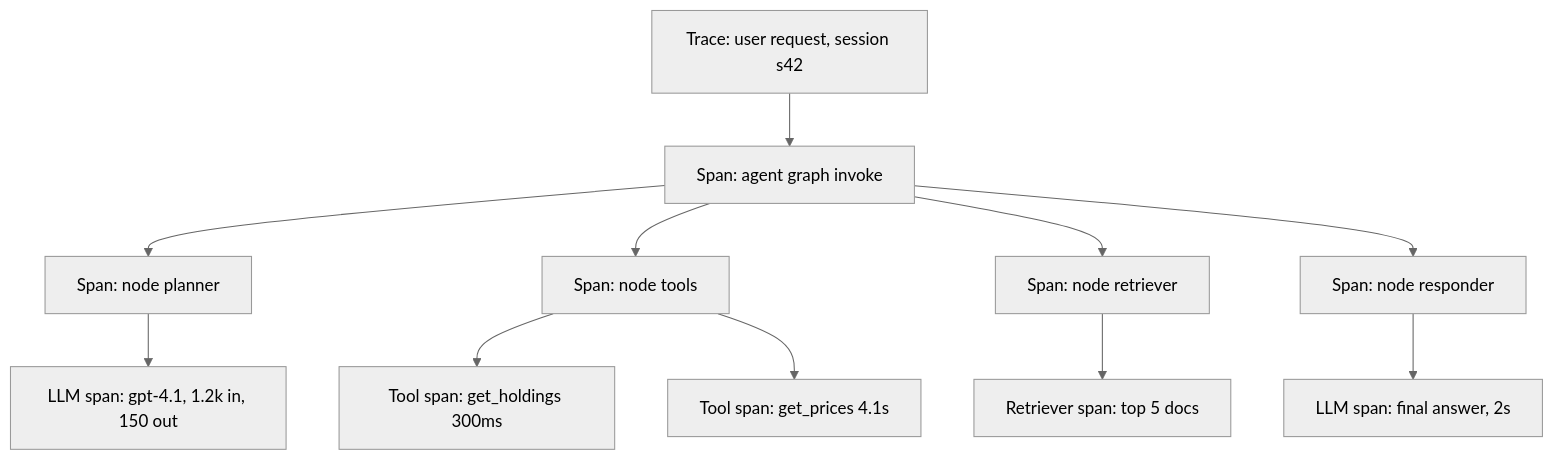
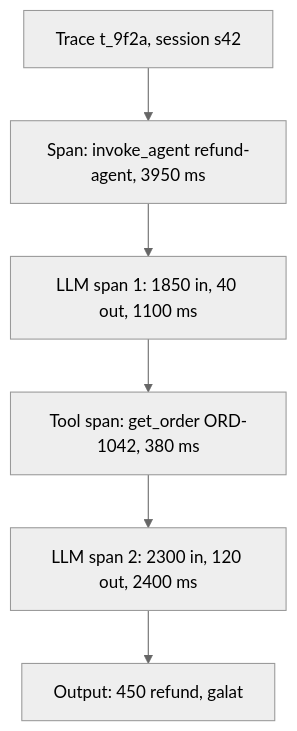
Before and after one commit to flow6979/viewinter: the second of 7 diagrams in content/11-agentic/10-agent-observability.md, drawn with Mermaid (neutral theme). The commit also changed other lines of this file and 26 other files, not shown here.

First line of the commit message:
Agentic AI: rewrite all 13 pages to explain from scratch; animate diagrams on every article

````diff
--- a/content/11-agentic/10-agent-observability.md
+++ b/content/11-agentic/10-agent-observability.md
@@ -39,13 +113,8 @@
 ```mermaid
 flowchart TD
-    T["Trace: user request, session s42"] --> A["Span: agent graph invoke"]
-    A --> N1["Span: node planner"]
-    N1 --> L1["LLM span: gpt-4.1, 1.2k in, 150 out"]
-    A --> N2["Span: node tools"]
-    N2 --> TL1["Tool span: get_holdings 300ms"]
-    N2 --> TL2["Tool span: get_prices 4.1s"]
-    A --> N3["Span: node retriever"]
-    N3 --> R1["Retriever span: top 5 docs"]
-    A --> N4["Span: node responder"]
-    N4 --> L2["LLM span: final answer, 2s"]
+    T["Trace t_9f2a, session s42"] --> A["Span: invoke_agent refund-agent, 3950 ms"]
+    A --> L1["LLM span 1: 1850 in, 40 out, 1100 ms"]
+    L1 --> TL["Tool span: get_order ORD-1042, 380 ms"]
+    TL --> L2["LLM span 2: 2300 in, 120 out, 2400 ms"]
+    L2 --> OUT["Output: 450 refund, galat"]
 ```
````
